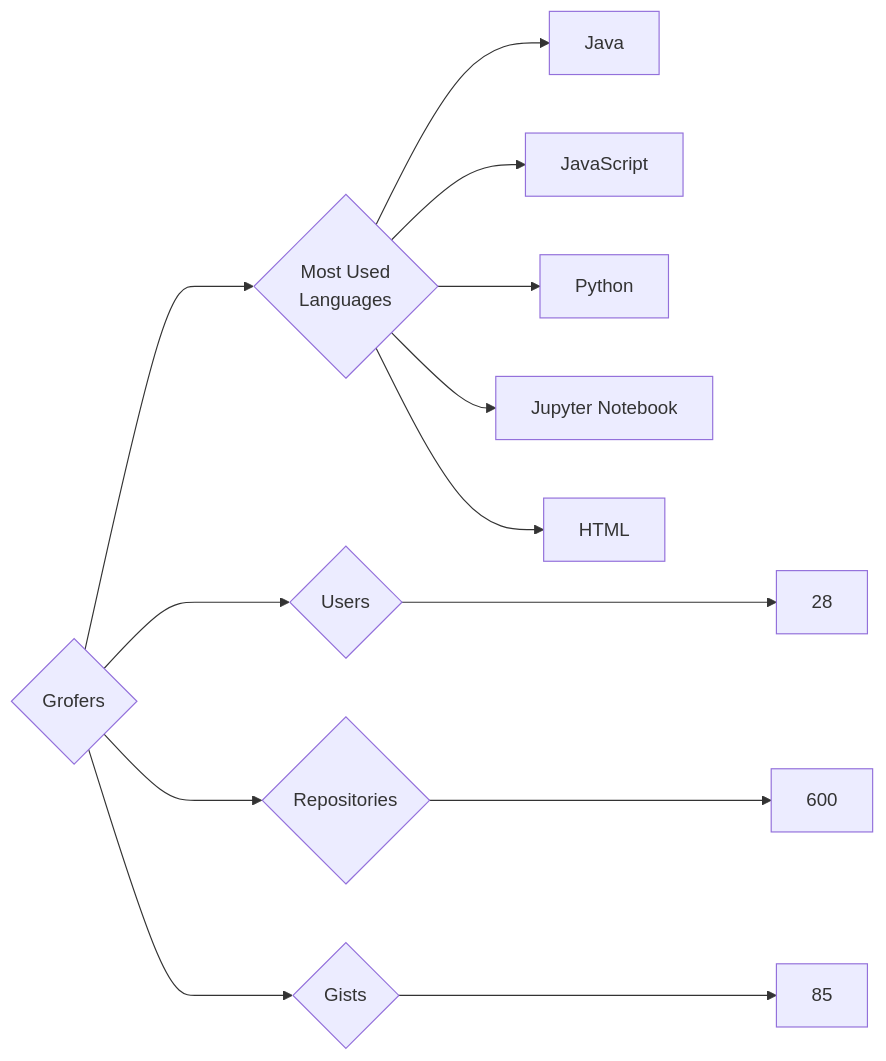
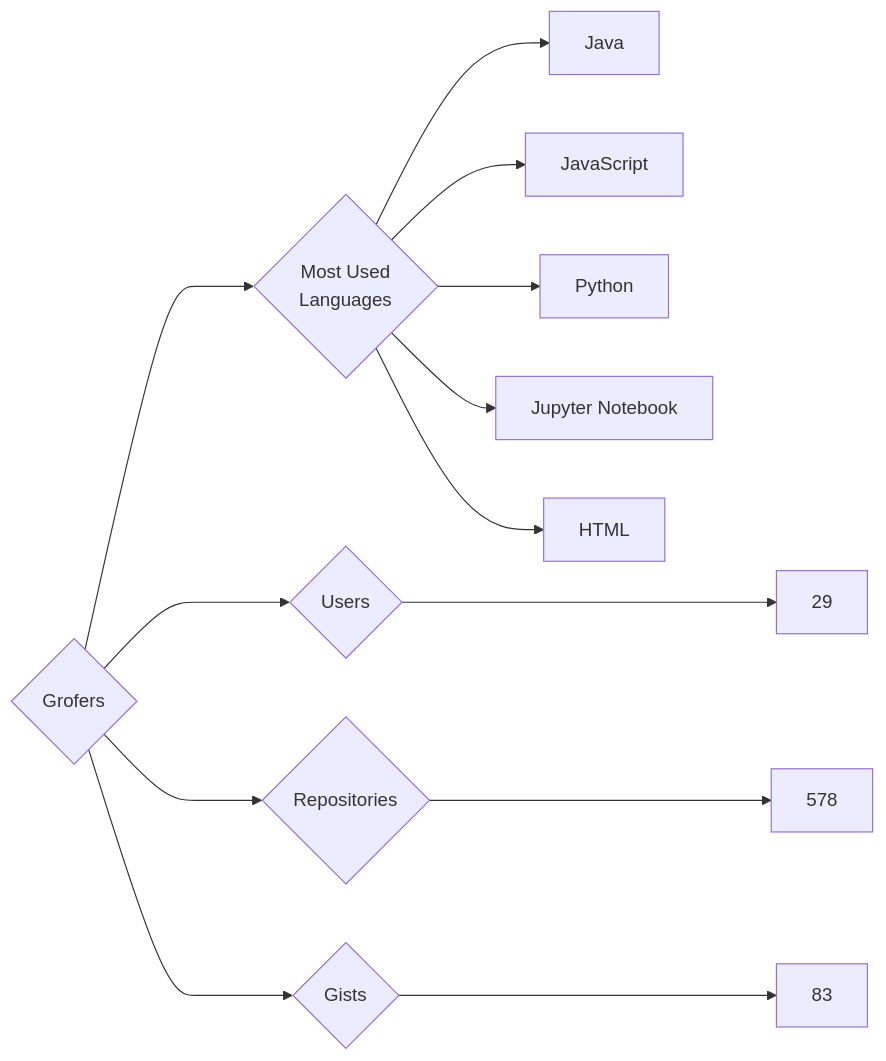
Before and after one commit to trickest/insiders: the diagram in targets/Grofers/README.md, drawn with Mermaid. The commit also changed 1030 other files, not shown here.

````diff
--- a/targets/Grofers/README.md
+++ b/targets/Grofers/README.md
@@ -3,13 +3,13 @@
 ```mermaid
 graph LR
 COMPANY_NAME{Grofers}
-COMPANY_NAME ---> U{Users} ---> UN[28]
-COMPANY_NAME ---> R{Repositories} ---> RN[600]
-COMPANY_NAME ---> G{Gists} ---> GN[85]
+COMPANY_NAME ---> U{Users} ---> UN[29]
+COMPANY_NAME ---> R{Repositories} ---> RN[578]
+COMPANY_NAME ---> G{Gists} ---> GN[83]
 COMPANY_NAME ---> ML{Most Used<br>Languages}
 ML --> Java[Java]
 ML --> JavaScript[JavaScript]
 ML --> Python[Python]
 ML --> Jupyter_Notebook[Jupyter Notebook]
 ML --> HTML[HTML]
 ```
````
